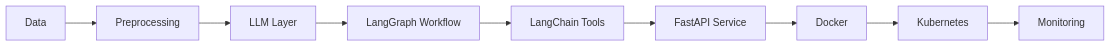
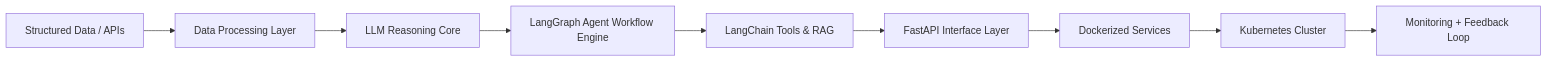
Before and after one commit to DesiLadkaa/DesiLadkaa: the diagram in README.md, drawn with Mermaid. The commit also changed other lines of this file, not shown here.

````diff
--- a/README.md
+++ b/README.md
@@ -26,11 +26,11 @@
 ```mermaid
 flowchart LR
-    A[Data] --> B[Preprocessing]
-    B --> C[LLM Layer]
-    C --> D[LangGraph Workflow]
-    D --> E[LangChain Tools]
-    E --> F[FastAPI Service]
-    F --> G[Docker]
-    G --> H[Kubernetes]
-    H --> I[Monitoring]
+    A[Structured Data / APIs] --> B[Data Processing Layer]
+    B --> C[LLM Reasoning Core]
+    C --> D[LangGraph Agent Workflow Engine]
+    D --> E[LangChain Tools & RAG]
+    E --> F[FastAPI Interface Layer]
+    F --> G[Dockerized Services]
+    G --> H[Kubernetes Cluster]
+    H --> I[Monitoring + Feedback Loop]
 ```
````
